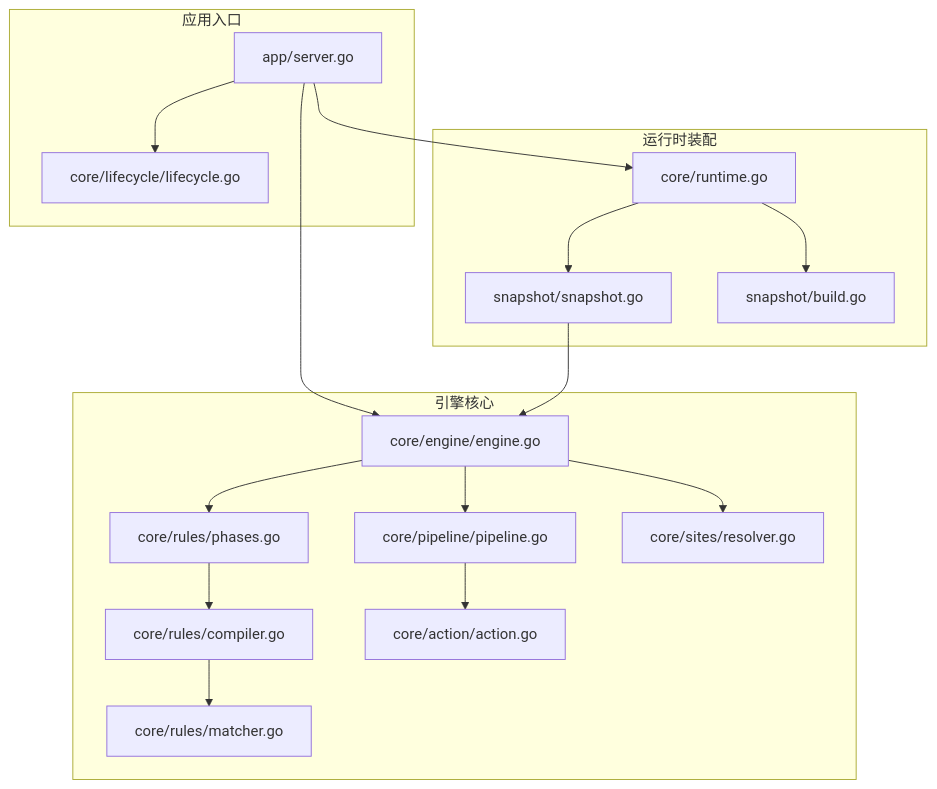
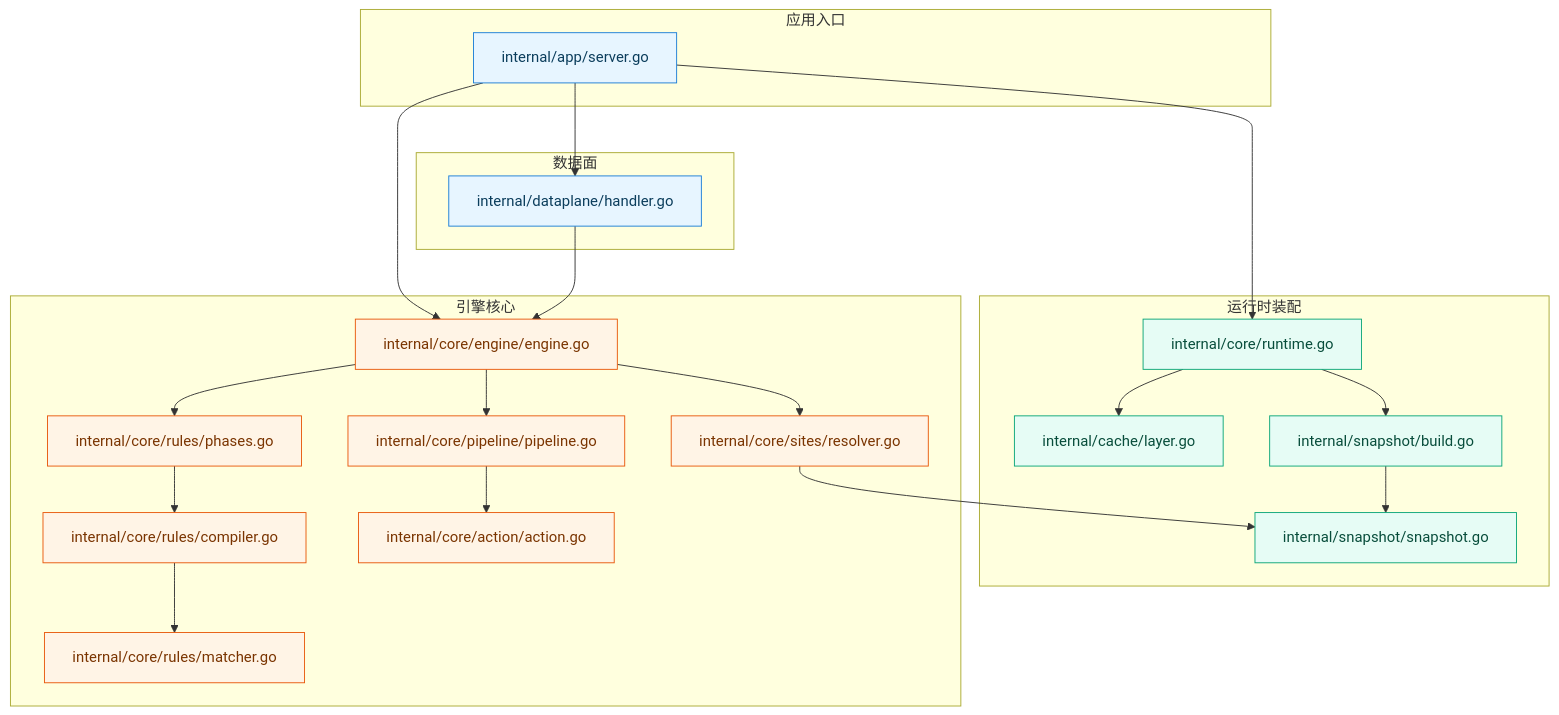
One commit to x01n/My-OpenWaf changed the first of 3 diagrams in docs/WAF 引擎系统/引擎核心架构/引擎核心架构.md. Above: the diagram before and after it, drawn with Mermaid. The commit also changed other lines of this file and 622 other files, not shown here.

````diff
--- a/docs/WAF 引擎系统/引擎核心架构/引擎核心架构.md
+++ b/docs/WAF 引擎系统/引擎核心架构/引擎核心架构.md
@@ -53,33 +65,44 @@
 ```mermaid
 graph TB
 subgraph "应用入口"
-APP["app/server.go"]
-LIFE["core/lifecycle/lifecycle.go"]
+APP["internal/app/server.go"]
 end
 subgraph "运行时装配"
-RT["core/runtime.go"]
-SNAP["snapshot/snapshot.go"]
-BUILD["snapshot/build.go"]
+RT["internal/core/runtime.go"]
+LC["internal/cache/layer.go"]
+SNAP["internal/snapshot/snapshot.go"]
+BUILD["internal/snapshot/build.go"]
 end
 subgraph "引擎核心"
-ENG["core/engine/engine.go"]
-PIPE["core/pipeline/pipeline.go"]
-PHASES["core/rules/phases.go"]
-COMP["core/rules/compiler.go"]
-MATCH["core/rules/matcher.go"]
-ACT["core/action/action.go"]
-RES["core/sites/resolver.go"]
+ENG["internal/core/engine/engine.go"]
+PIPE["internal/core/pipeline/pipeline.go"]
+PHASES["internal/core/rules/phases.go"]
+COMP["internal/core/rules/compiler.go"]
+MATCH["internal/core/rules/matcher.go"]
+ACT["internal/core/action/action.go"]
+RES["internal/core/sites/resolver.go"]
+end
+subgraph "数据面"
+DP["internal/dataplane/handler.go"]
 end
 APP --> RT
-RT --> SNAP
+RT --> LC
 RT --> BUILD
-APP --> LIFE
 APP --> ENG
+APP --> DP
+DP --> ENG
 ENG --> RES
 ENG --> PIPE
 ENG --> PHASES
 PHASES --> COMP
 COMP --> MATCH
 PIPE --> ACT
-SNAP --> ENG
+BUILD --> SNAP
+RES --> SNAP
+classDef entry fill:#e7f5ff,stroke:#1c7ed6,color:#0b3d5c
+classDef rt fill:#e6fcf5,stroke:#0ca678,color:#084d3b
+classDef core fill:#fff4e6,stroke:#e8590c,color:#7a3400
+class DP,APP entry
+class RT,LC,SNAP,BUILD rt
+class ENG,PIPE,PHASES,COMP,MATCH,ACT,RES core
 ```
````
